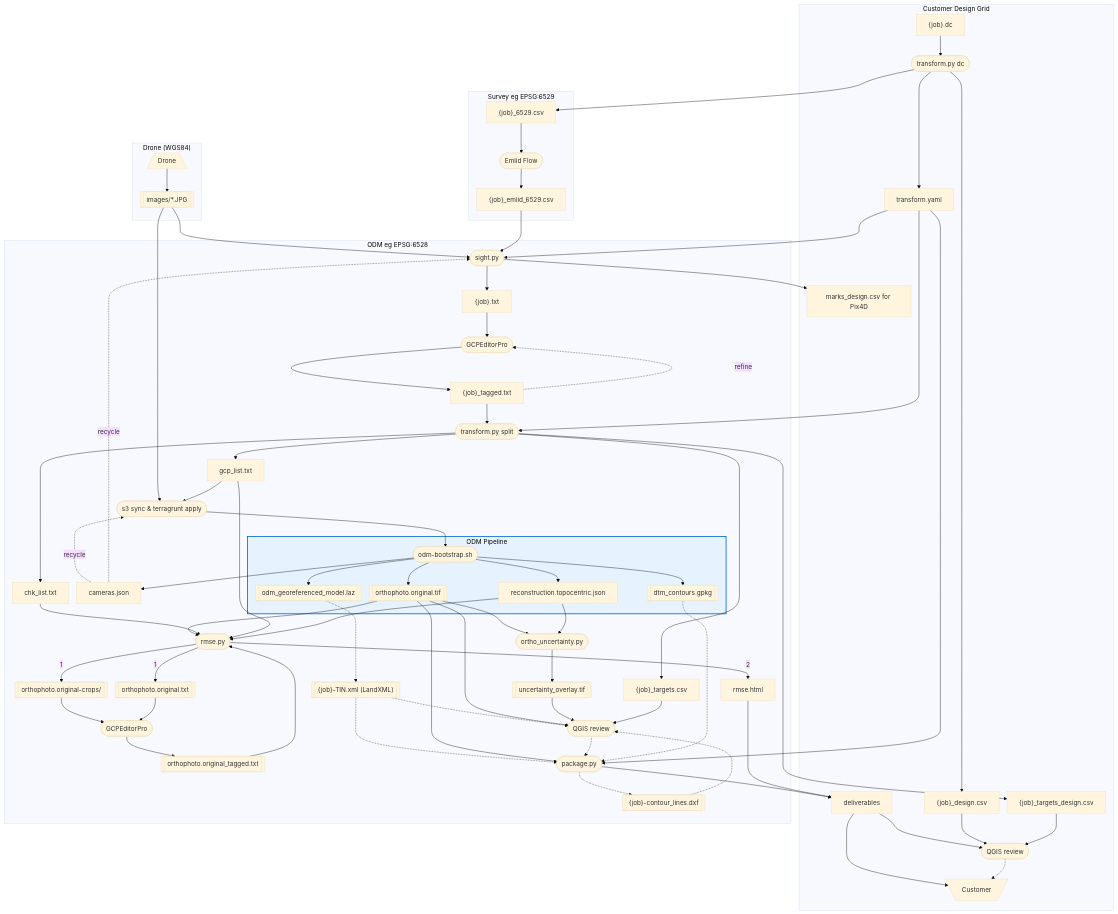
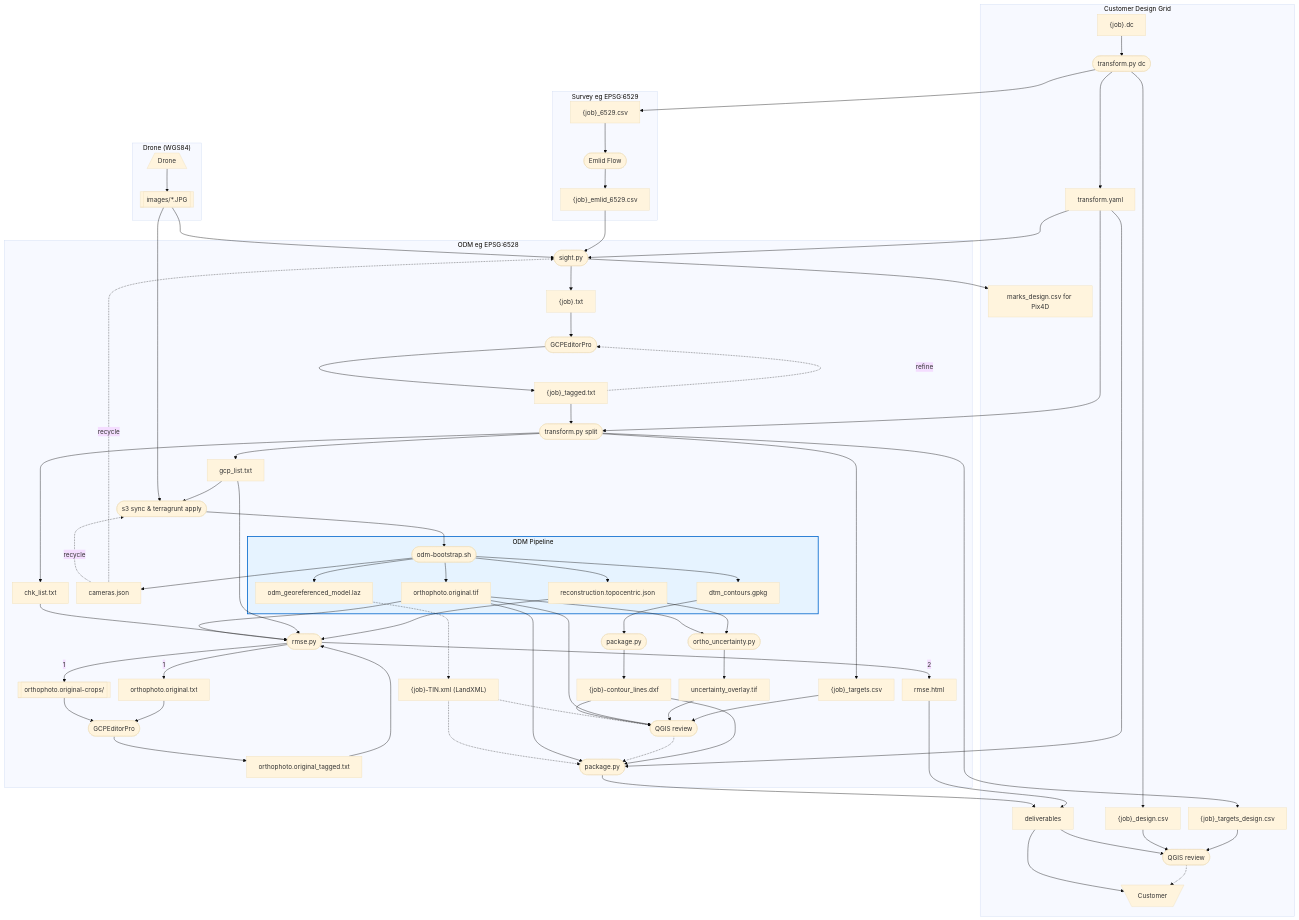
One commit to jrstear/geo changed the diagram in docs/odm-workflow.md. Above: the diagram before and after it, drawn with Mermaid.

Commit message:
fix graph to show additional package.py invocation (until sal8)

```diff
--- a/docs/odm-workflow.md
+++ b/docs/odm-workflow.md
@@ -32,15 +32,16 @@
     uncertainty(["ortho_uncertainty.py"])
     drone[/"Drone"\]
     images[["images/*.JPG"]]
-    pointcloud[["odm_georeferenced_model.laz"]]
-    contours_gpkg[["dtm_contours.gpkg"]]
-    tin[["{job}-TIN.xml (LandXML)"]]
-    contours[["{job}-contour_lines.dxf"]]
-    orthophoto[["orthophoto.original.tif"]]
-    orthophoto_txt[["orthophoto.original.txt"]]
-    orthophoto_txt_tagged[["orthophoto.original_tagged.txt"]]
+    pointcloud["odm_georeferenced_model.laz"]
+    contours_gpkg["dtm_contours.gpkg"]
+    packager_contours(["package.py"])
+    tin["{job}-TIN.xml (LandXML)"]
+    contours["{job}-contour_lines.dxf"]
+    orthophoto["orthophoto.original.tif"]
+    orthophoto_txt["orthophoto.original.txt"]
+    orthophoto_txt_tagged["orthophoto.original_tagged.txt"]
     orthophoto_crops[["orthophoto.original-crops/"]]
-    uncertainty_tif[["uncertainty_overlay.tif"]]
+    uncertainty_tif["uncertainty_overlay.tif"]
     packager(["package.py"])
     model["reconstruction.topocentric.json"]
     customer[\"Customer"/]
@@ -88,7 +89,9 @@
             model
         end
         tin
-        contours
+        contours_gpkg
+	packager_contours
+	contours
         style ODM fill:#e6f3ff,stroke:#0066cc,stroke-width:2px
         cameras
         rmse
@@ -140,7 +143,8 @@
     orthophoto_txt --> gcpeditor_ortho --> orthophoto_txt_tagged --> rmse
     tin -.-> qgis_cloud
     tin -.-> packager
-    contours -.-> qgis_cloud
+    contours_gpkg --> packager_contours --> contours
+    contours --> qgis_cloud
     orthophoto --> uncertainty
     orthophoto --> qgis_cloud
     orthophoto --> rmse
@@ -152,8 +156,7 @@
     model --> rmse
     uncertainty --> uncertainty_tif
     pointcloud -.-> tin
-    contours_gpkg -.-> packager
-    packager -.-> contours
+    contours --> packager
     uncertainty_tif --> qgis_cloud
     transform_yaml --> packager
     packager --> deliverables
```
